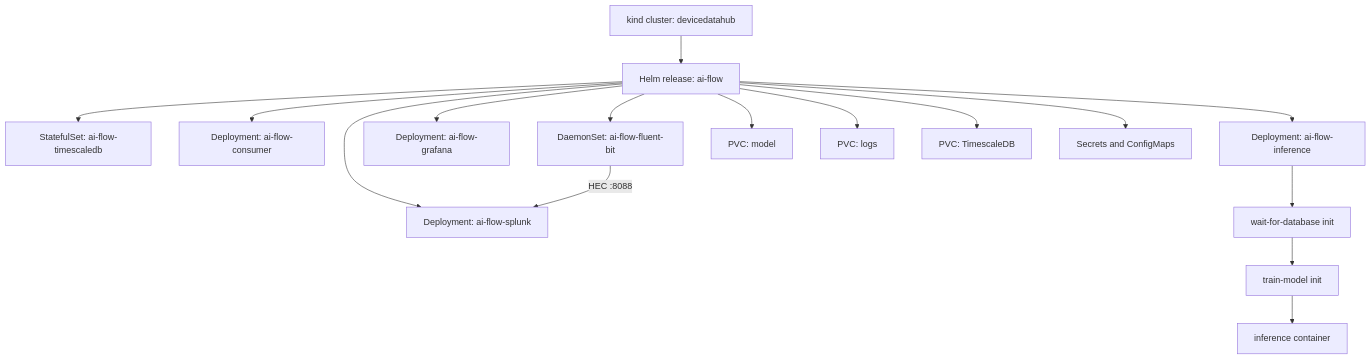
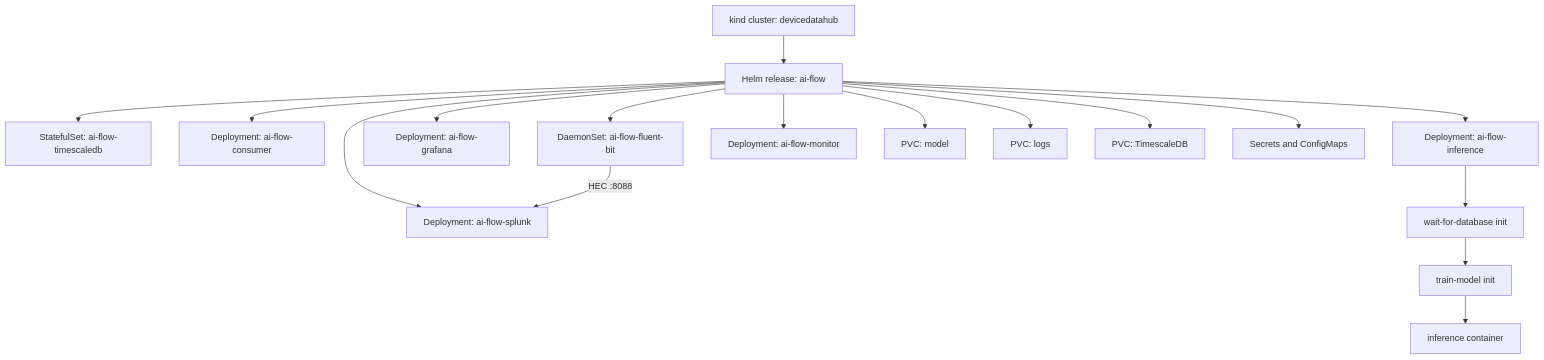
One commit to arnabnexus/devicedatahub-end-to-end changed the second of 2 diagrams in ARCHITECTURE.md. Above: the diagram before and after it, drawn with Mermaid. The commit also changed other lines of this file and 16 other files, not shown here.

````diff
--- a/ARCHITECTURE.md
+++ b/ARCHITECTURE.md
@@ -24,20 +28,21 @@
 ```mermaid
 graph TD
     K["kind cluster: devicedatahub"]
     H["Helm release: ai-flow"]
     K --> H
     H --> DB["StatefulSet: ai-flow-timescaledb"]
     H --> C["Deployment: ai-flow-consumer"]
     H --> I["Deployment: ai-flow-inference"]
     H --> G["Deployment: ai-flow-grafana"]
     H --> SP["Deployment: ai-flow-splunk"]
     H --> FB["DaemonSet: ai-flow-fluent-bit"]
+    H --> MON["Deployment: ai-flow-monitor"]
     H --> V1["PVC: model"]
     H --> V2["PVC: logs"]
     H --> V3["PVC: TimescaleDB"]
     H --> S["Secrets and ConfigMaps"]
     FB -->|HEC :8088| SP
     I --> W["wait-for-database init"]
     W --> TR["train-model init"]
     TR --> INF["inference container"]
 ```
````
